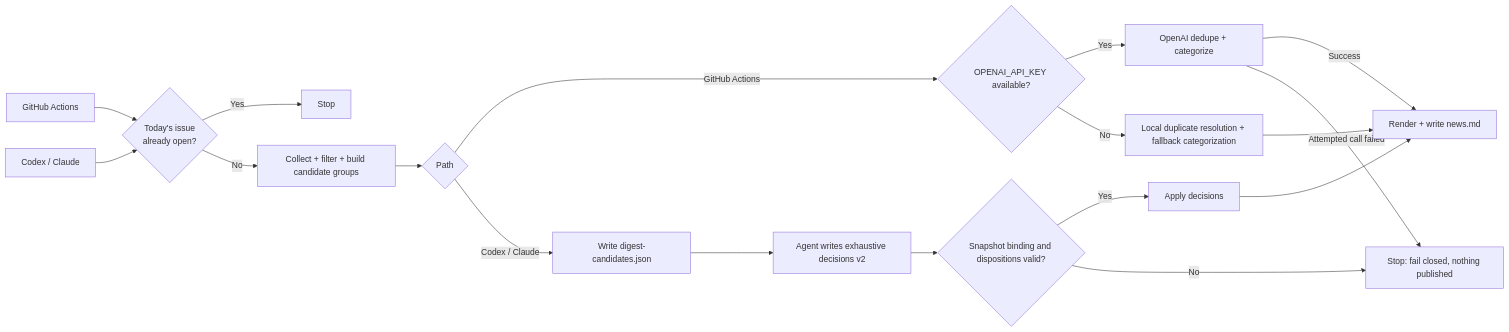
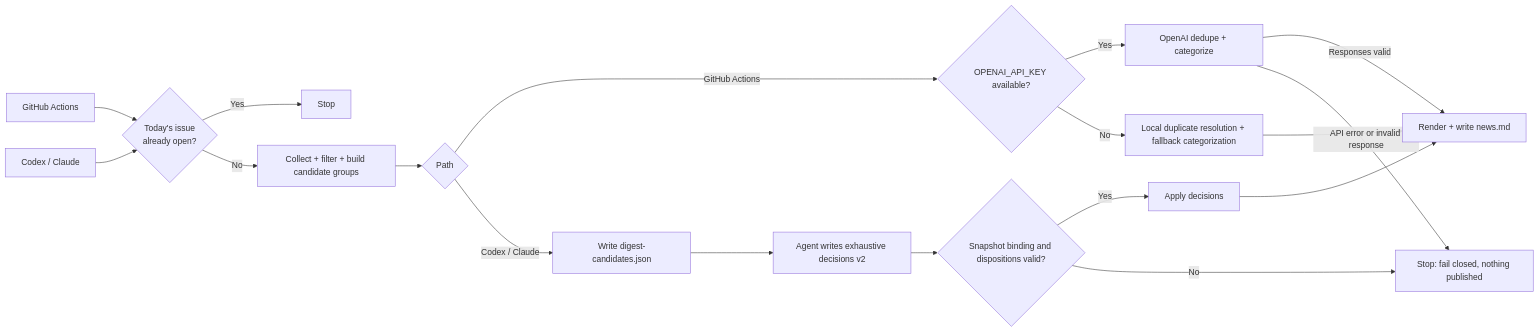
One commit to nickzren/ai-news-agent changed the second of 2 diagrams in docs/architecture.md. Above: the diagram before and after it, drawn with Mermaid. The commit also changed other lines of this file and 4 other files, not shown here.

First line of the commit message:
fix(api): Validate dispositions before applying responses (#506)

````diff
--- a/docs/architecture.md
+++ b/docs/architecture.md
@@ -64,20 +64,20 @@
 ```mermaid
 flowchart LR
     GH[GitHub Actions] --> T{Today's issue<br/>already open?}
     AGENT[Codex / Claude] --> T
     T -- Yes --> S[Stop]
     T -- No --> C[Collect + filter + build candidate groups]
     C --> P{Path}
     P -- GitHub Actions --> K1{OPENAI_API_KEY available?}
     K1 -- Yes --> L[OpenAI dedupe + categorize]
     K1 -- No --> R[Local duplicate resolution + fallback categorization]
     P -- Codex / Claude --> X[Write digest-candidates.json]
     X --> Y[Agent writes exhaustive decisions v2]
     Y --> V{Snapshot binding and dispositions valid?}
     V -- Yes --> Z[Apply decisions]
     V -- No --> F[Stop: fail closed, nothing published]
-    L -- Success --> W[Render + write news.md]
-    L -- Attempted call failed --> F[Stop: fail closed, nothing published]
+    L -- Responses valid --> W[Render + write news.md]
+    L -- API error or invalid response --> F[Stop: fail closed, nothing published]
     R --> W
     Z --> W
 ```
````
